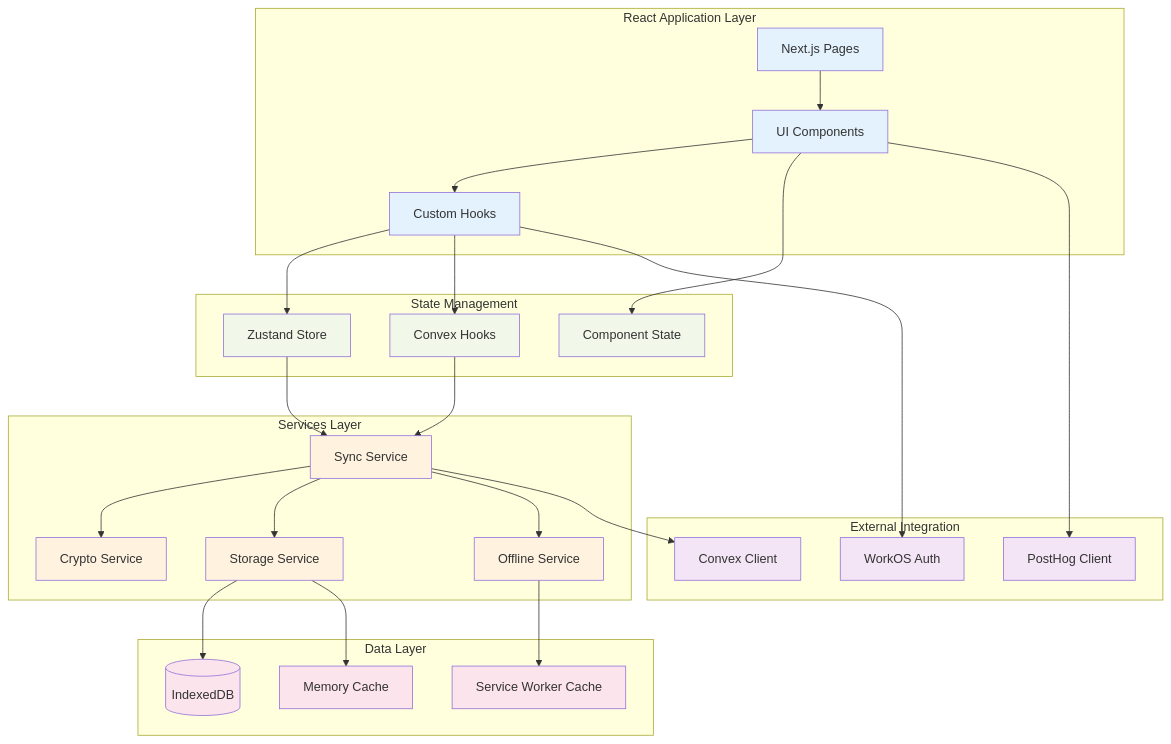
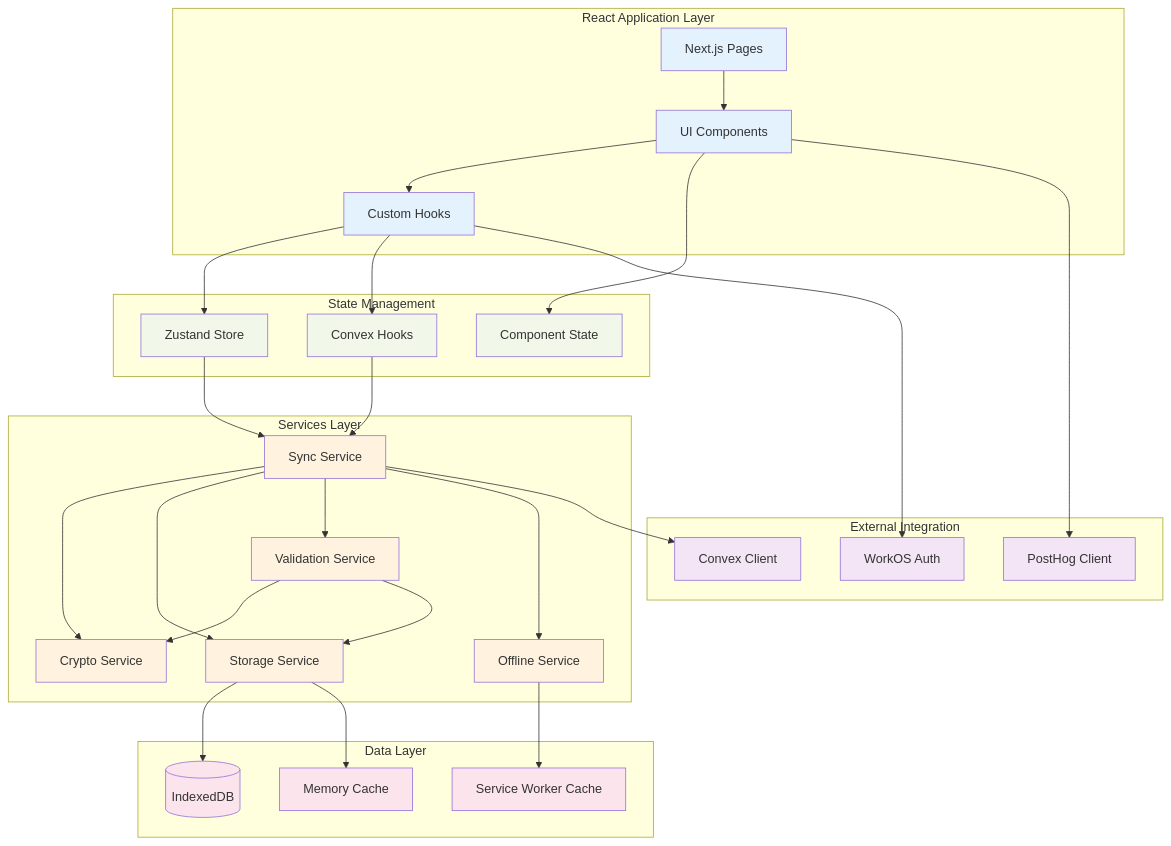
One commit to tcynic/compTrails changed the second of 6 diagrams in context/architecture.md. Above: the diagram before and after it, drawn with Mermaid. The commit also changed other lines of this file and 5 other files, not shown here.

First line of the commit message:
Implement local-first data loading architecture

````diff
--- a/context/architecture.md
+++ b/context/architecture.md
@@ -98,65 +98,69 @@
 ```mermaid
 graph TB
     subgraph "React Application Layer"
         Pages[Next.js Pages]
         Components[UI Components]
         Hooks[Custom Hooks]
     end
     
     subgraph "State Management"
         Zustand[Zustand Store]
         ConvexHooks[Convex Hooks]
         LocalState[Component State]
     end
     
     subgraph "Services Layer"
         SyncService[Sync Service]
         CryptoService[Crypto Service]
         StorageService[Storage Service]
+        ValidationService[Validation Service]
         OfflineService[Offline Service]
     end
     
     subgraph "Data Layer"
         IndexedDB[(IndexedDB)]
         MemoryCache[Memory Cache]
         ServiceWorker[Service Worker Cache]
     end
     
     subgraph "External Integration"
         ConvexClient[Convex Client]
         WorkOSAuth[WorkOS Auth]
         PostHogClient[PostHog Client]
     end
     
     Pages --> Components
     Components --> Hooks
     Hooks --> Zustand
     Hooks --> ConvexHooks
     Components --> LocalState
     
     Zustand --> SyncService
     ConvexHooks --> SyncService
     SyncService --> CryptoService
     SyncService --> StorageService
+    SyncService --> ValidationService
     SyncService --> OfflineService
+    ValidationService --> CryptoService
+    ValidationService --> StorageService
     
     StorageService --> IndexedDB
     StorageService --> MemoryCache
     OfflineService --> ServiceWorker
     
     SyncService --> ConvexClient
     Hooks --> WorkOSAuth
     Components --> PostHogClient
     
     classDef ui fill:#e3f2fd
     classDef state fill:#f1f8e9
     classDef service fill:#fff3e0
     classDef data fill:#fce4ec
     classDef external fill:#f3e5f5
     
     class Pages,Components,Hooks ui
     class Zustand,ConvexHooks,LocalState state
-    class SyncService,CryptoService,StorageService,OfflineService service
+    class SyncService,CryptoService,StorageService,ValidationService,OfflineService service
     class IndexedDB,MemoryCache,ServiceWorker data
     class ConvexClient,WorkOSAuth,PostHogClient external
 ```
````
